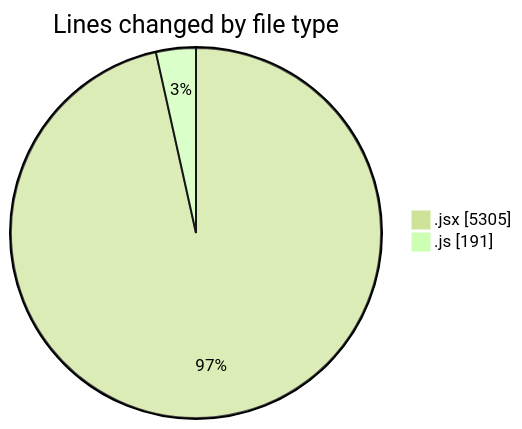
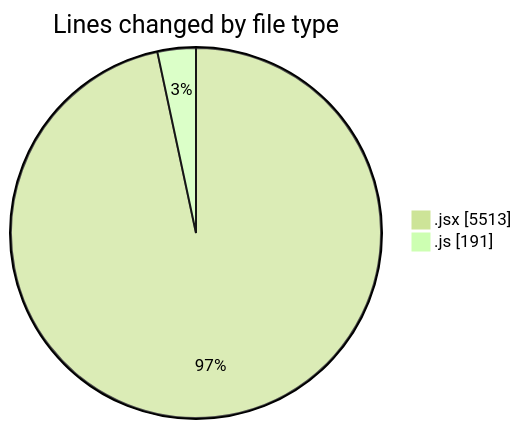
Before and after one commit to nxtqubesakshisongat/code-tracking: the first of 2 diagrams in 2025-06-21/nxtqube_webapp/README.md, drawn with Mermaid (forest theme). The commit also changed other lines of this file and 1 other file, not shown here.

````diff
--- a/2025-06-21/nxtqube_webapp/README.md
+++ b/2025-06-21/nxtqube_webapp/README.md
@@ -25,6 +25,6 @@
 ```mermaid
 pie showData
 title Lines changed by file type
-".jsx" : 5305
+".jsx" : 5513
 ".js" : 191
 ```
````
